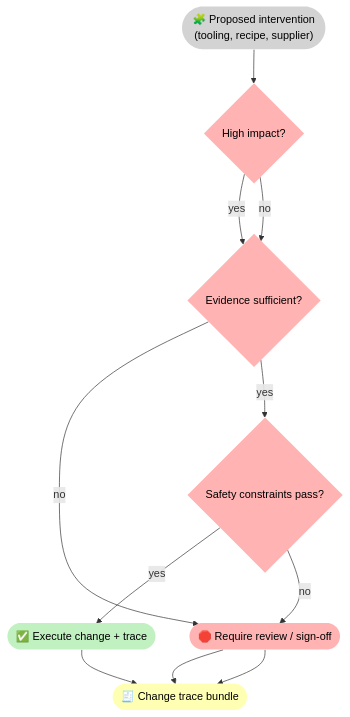
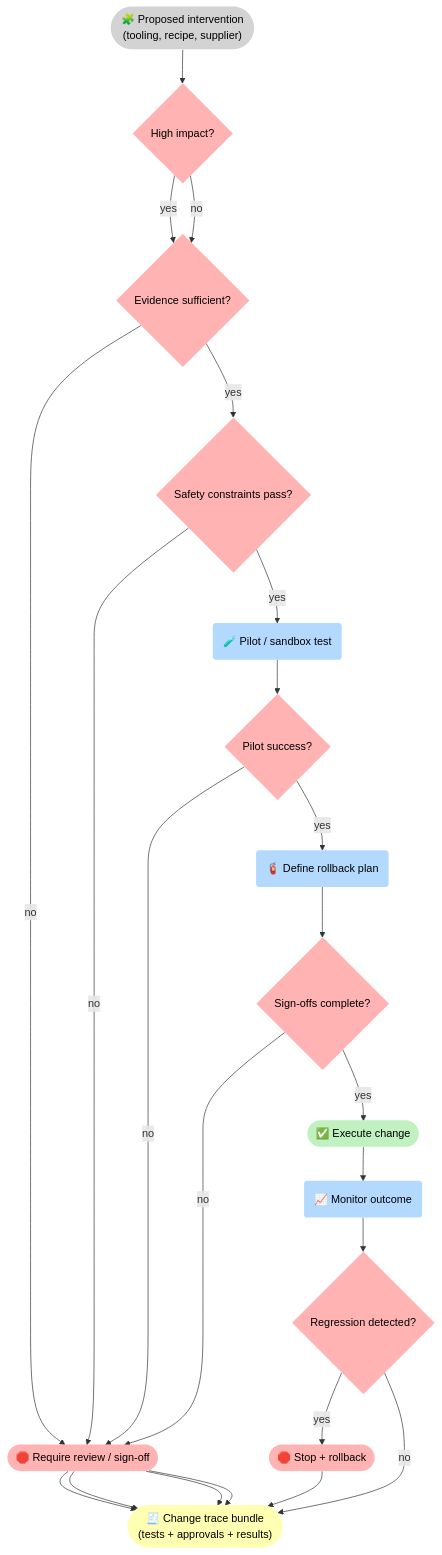
Before and after one commit to 5Reasons/5reasons.github.io: the third of 3 diagrams in docs/case-studies/manufacturing.md, drawn with Mermaid. The commit also changed other lines of this file and 8 other files, not shown here.

First line of the commit message:
Enhance case studies with detailed flowcharts and explicit gates

````diff
--- a/docs/case-studies/manufacturing.md
+++ b/docs/case-studies/manufacturing.md
@@ -117,27 +166,46 @@
 ```mermaid
 flowchart TB
 %% Styles (brModel Standard)
 classDef i fill:#D3D3D3,stroke-width:0px,color:#000;
 classDef p fill:#B3D9FF,stroke-width:0px,color:#000;
 classDef r fill:#FFFFB3,stroke-width:0px,color:#000;
 classDef o fill:#C1F0C1,stroke-width:0px,color:#000;
 classDef s fill:#FFB3B3,stroke-width:0px,color:#000;
 
 I_Fix(["🧩 Proposed intervention<br>(tooling, recipe, supplier)"]):::i
 G_Impact{"High impact?"}:::s
 G_Ev{"Evidence sufficient?"}:::s
 G_Safe{"Safety constraints pass?"}:::s
-O_Do(["✅ Execute change + trace"]):::o
+
+P_Pilot("🧪 Pilot / sandbox test"):::p
+G_Pilot{"Pilot success?"}:::s
+P_RB("🧯 Define rollback plan"):::p
+G_Sign{"Sign-offs complete?"}:::s
+
+O_Do(["✅ Execute change"]):::o
+P_Mon("📈 Monitor outcome"):::p
+G_Reg{"Regression detected?"}:::s
+
 S_Rev(["🛑 Require review / sign-off"]):::s
-R_Tr(["🧾 Change trace bundle"]):::r
+S_Stop(["🛑 Stop + rollback"]):::s
+R_Tr(["🧾 Change trace bundle<br>(tests + approvals + results)"]):::r
 
 I_Fix --> G_Impact
 G_Impact -->|"yes"| G_Ev
 G_Impact -->|"no"| G_Ev
 
 G_Ev -->|"no"| S_Rev --> R_Tr
 G_Ev -->|"yes"| G_Safe
 
-G_Safe -->|"yes"| O_Do --> R_Tr
 G_Safe -->|"no"| S_Rev --> R_Tr
+G_Safe -->|"yes"| P_Pilot --> G_Pilot
+
+G_Pilot -->|"no"| S_Rev --> R_Tr
+G_Pilot -->|"yes"| P_RB --> G_Sign
+
+G_Sign -->|"no"| S_Rev --> R_Tr
+G_Sign -->|"yes"| O_Do --> P_Mon --> G_Reg
+
+G_Reg -->|"yes"| S_Stop --> R_Tr
+G_Reg -->|"no"| R_Tr
 ```
````
